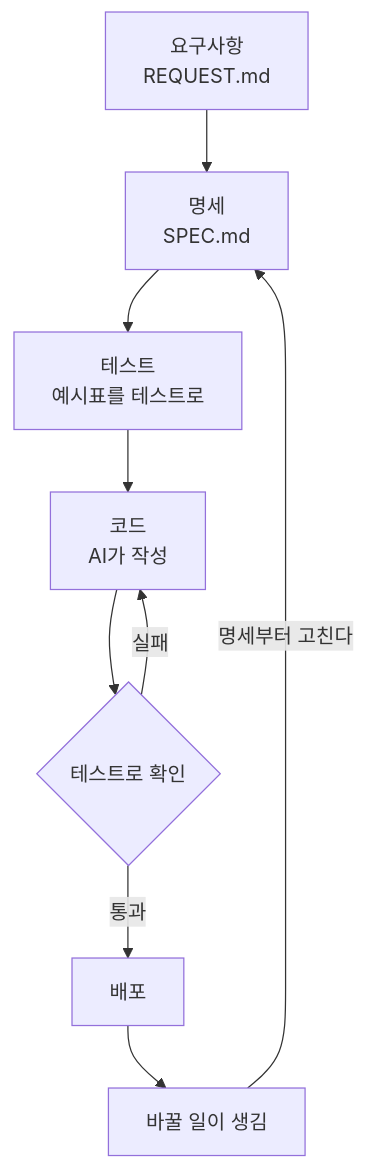
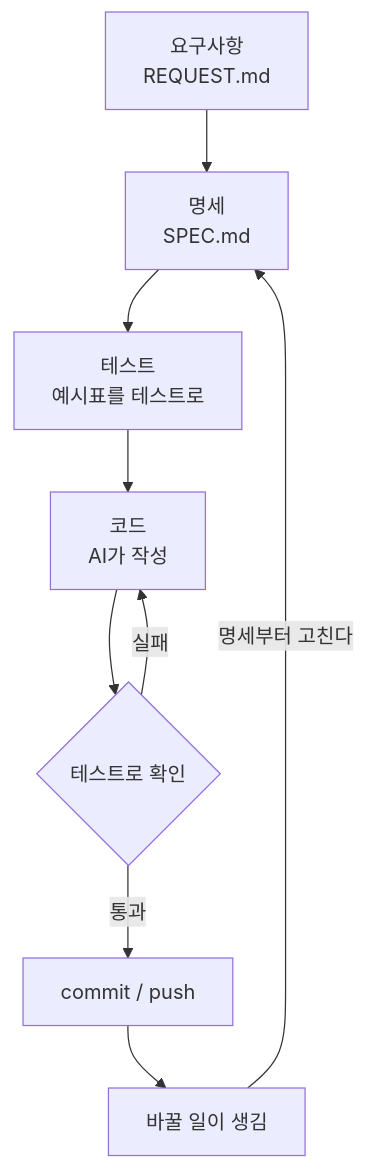
One commit to YeonjiKim0316/review-thermo-ond changed the second of 4 diagrams in docs/00-concepts.md. Above: the diagram before and after it, drawn with Mermaid. The commit also changed other lines of this file and 12 other files, not shown here.

````diff
--- a/docs/00-concepts.md
+++ b/docs/00-concepts.md
@@ -215,11 +215,11 @@
 ```mermaid
 flowchart TD
     A["요구사항<br/>REQUEST.md"] --> B["명세<br/>SPEC.md"]
     B --> C["테스트<br/>예시표를 테스트로"]
     C --> D["코드<br/>AI가 작성"]
     D --> E{"테스트로 확인"}
     E -->|실패| D
-    E -->|통과| F["배포"]
+    E -->|통과| F["commit / push"]
     F --> G["바꿀 일이 생김"]
     G -->|"명세부터 고친다"| B
 ```
````
